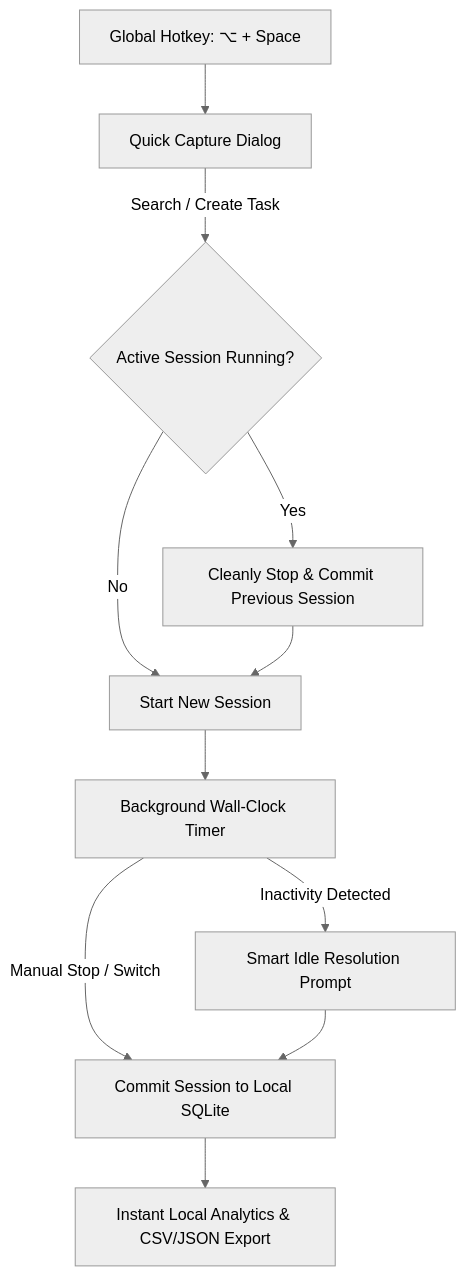
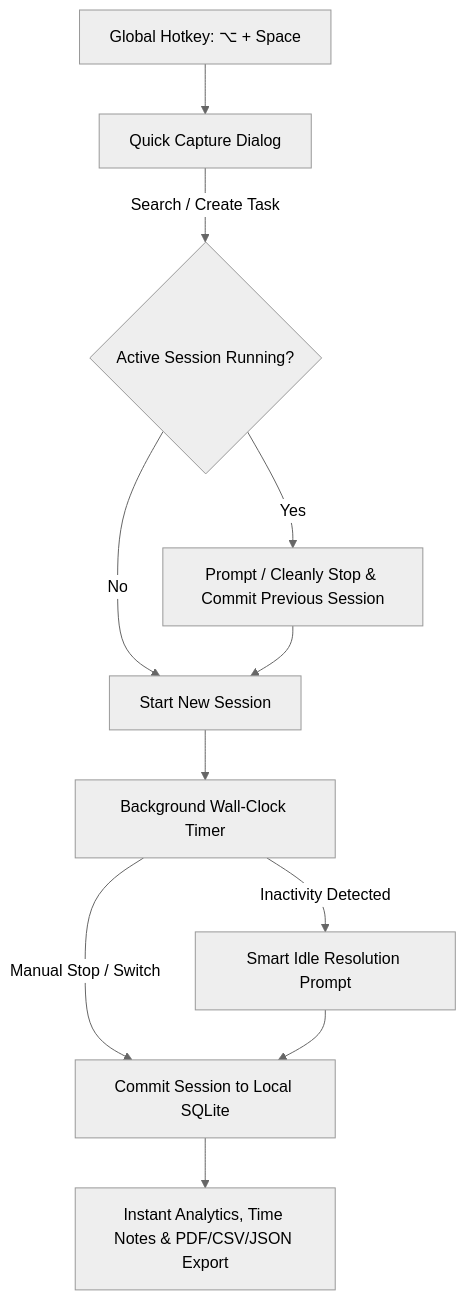
One commit to kishorekumarhemraj/WorkPulse changed the diagram in README.md. Above: the diagram before and after it, drawn with Mermaid (neutral theme). The commit also changed other lines of this file and 11 other files, not shown here.

Commit message:
feat(export): enhance PDF report styling, session categories, and snackbar UI

````diff
--- a/README.md
+++ b/README.md
@@ -94,13 +109,13 @@
 ```mermaid
 graph TD
     A[Global Hotkey: ⌥ + Space] --> B[Quick Capture Dialog]
     B -->|Search / Create Task| C{Active Session Running?}
-    C -->|Yes| D[Cleanly Stop & Commit Previous Session]
+    C -->|Yes| D[Prompt / Cleanly Stop & Commit Previous Session]
     C -->|No| E[Start New Session]
     D --> E
     E --> F[Background Wall-Clock Timer]
     F -->|Inactivity Detected| G[Smart Idle Resolution Prompt]
     F -->|Manual Stop / Switch| H[Commit Session to Local SQLite]
     G --> H
-    H --> I[Instant Local Analytics & CSV/JSON Export]
+    H --> I[Instant Analytics, Time Notes & PDF/CSV/JSON Export]
 ```
````
